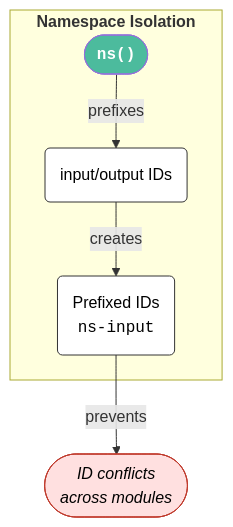
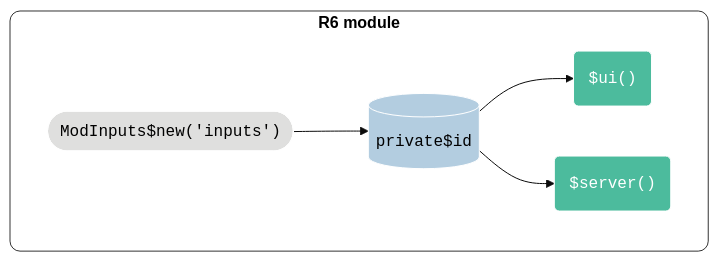
The seventh of 14 diagrams in posts/shiny-r6/index.qmd (mjfrigaard/mjfrigaard.github.io), drawn with Mermaid before and after one commit. The commit also changed other lines of this file and 17 other files, not shown here.

````diff
--- a/posts/shiny-r6/index.qmd
+++ b/posts/shiny-r6/index.qmd
@@ -533,24 +435,25 @@
 ```{mermaid}
-%%| eval: true 
-%%| echo: false 
-%%| fig-align: 'center' 
-%%| fig-caption: 'Namespace Isolation'
-%%{init: {'theme': 'base', 'themeVariables': { 'fontFamily': 'monospace', "darkMode":true}}}}%%
+%%| eval: true
+%%| echo: false
+%%| fig-align: 'center'
+%%| fig-cap: 'How R6 module patterns matches the UI and server namespace'
+%%{init: {'theme': 'base', 'themeVariables': { 'fontFamily': 'monospace', "darkMode":true}}}%%
 
 flowchart TD
-    subgraph "<strong>Namespace Isolation</strong>"
-        Ns(["<strong>ns()</strong>"])
-        IDs("input/output IDs")
-        Prefix("Prefixed IDs<br><code>ns-input</code>")
+    subgraph R6["<strong>R6 module</strong>"]
+        RNew(["<code>ModInputs$new('inputs')</code>"])
+        RId[("<code>private$id</code>")]
+        RUI("<code>$ui()</code>")
+        RSrv("<code>$server()</code>")
+        RNew --> RId
+        RId --> RUI
+        RId --> RSrv
     end
 
-    Ns -->|prefixes| IDs
-    IDs -->|creates| Prefix
-    Prefix -->|prevents| Conflicts(["<em>ID conflicts<br>across modules</em>"])
+    style RNew fill:#dfdfde,color:#000000
+    style RId fill:#b3cde0,color:#000000
+    style RUI fill:#4CBB9D,color:#FFFFFF,rx:5,ry:5
+    style RSrv fill:#4CBB9D,color:#FFFFFF,rx:5,ry:5
+    style R6 fill:#FFFFFF,color:#000000,stroke:#333,rx:10,ry:10
 
-    style Ns fill:#4CBB9D,color:#FFFFFF,rx:5,ry:5,font-family:monospace,text-align:'center'
-    style IDs fill:#FFFFFF,color:#000000,stroke:#333
-    style Prefix fill:#FFFFFF,color:#000000,stroke:#333
-    style Conflicts fill:#FFE0E0,color:#000000,stroke:#c0392b
-    
 ```
````
